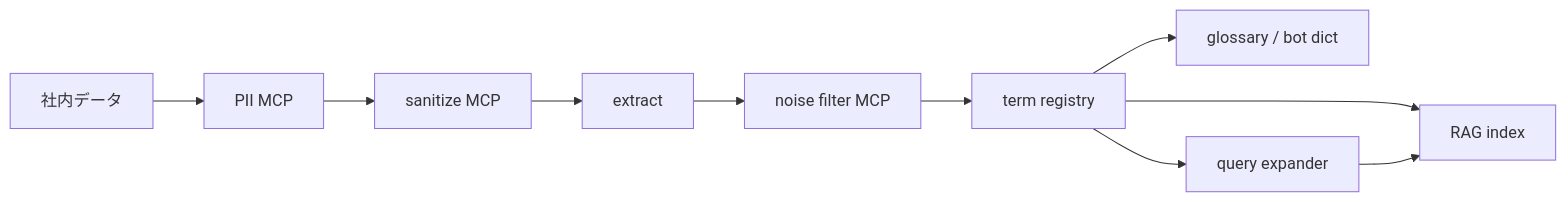
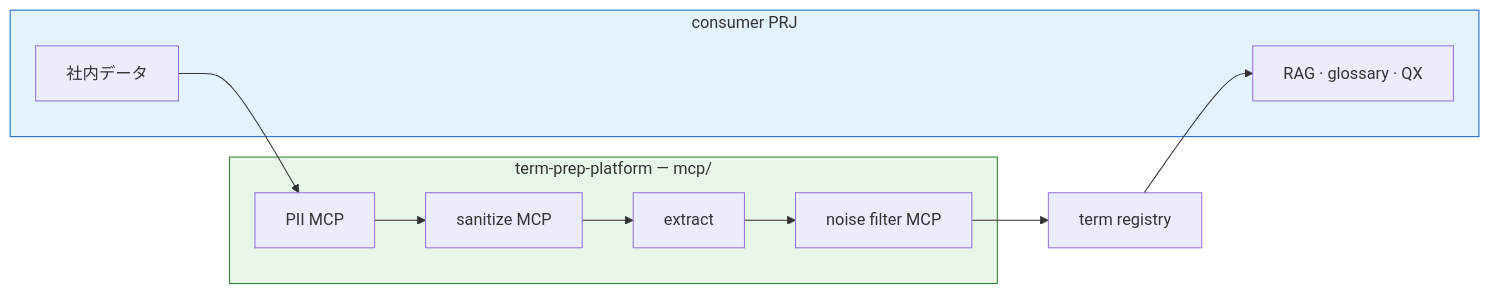
Before and after one commit to wombat2006/term-prep-platform: the diagram in mcp/README.md, drawn with Mermaid. The commit also changed other lines of this file and 8 other files, not shown here.

First line of the commit message:
docs: document platform scope and update UML diagrams

````diff
--- a/mcp/README.md
+++ b/mcp/README.md
@@ -13,8 +16,16 @@
 ```mermaid
 flowchart LR
-  D[社内データ] --> PII[PII MCP] --> SAN[sanitize MCP] --> EXT[extract] --> NF[noise filter MCP] --> REG[term registry]
-  REG --> RAG[RAG index]
-  REG --> GLO[glossary / bot dict]
-  REG --> QX[query expander]
-  QX --> RAG
+  subgraph consumer ["consumer PRJ"]
+    D[社内データ]
+    RAG[RAG · glossary · QX]
+  end
+  subgraph platform ["term-prep-platform — mcp/"]
+    PII[PII MCP] --> SAN[sanitize MCP] --> EXT[extract] --> NF[noise filter MCP]
+  end
+  D --> PII
+  NF --> REG[term registry]
+  REG --> RAG
+
+  style platform fill:#e8f5e9,stroke:#2e7d32
+  style consumer fill:#e3f2fd,stroke:#1565c0
 ```
````
